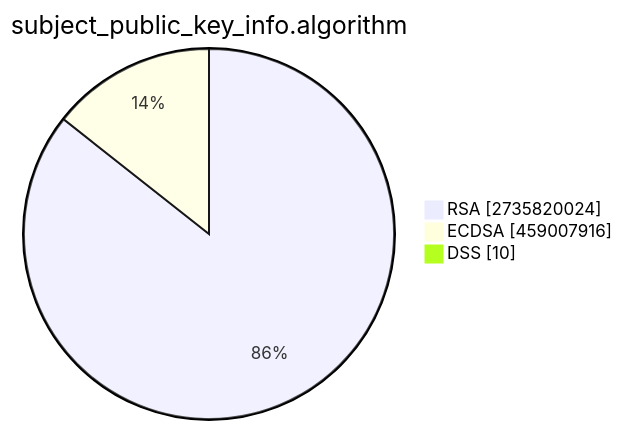
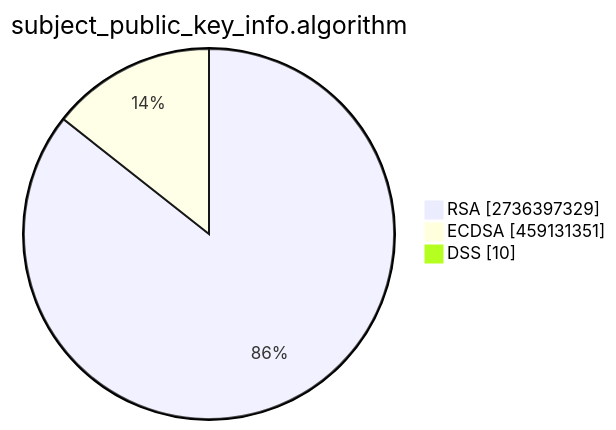
Before and after one commit to christiankrug/ctmonitor_visualization: the second of 15 diagrams in TOTAL/README.md, drawn with Mermaid. The commit also changed other lines of this file, not shown here.

````diff
--- a/TOTAL/README.md
+++ b/TOTAL/README.md
@@ -6,7 +6,7 @@
 ```mermaid
 pie showData
 title subject_public_key_info.algorithm
-"RSA" :2735820024
-"ECDSA" :459007916
+"RSA" :2736397329
+"ECDSA" :459131351
 "DSS" :10
 ```
````
